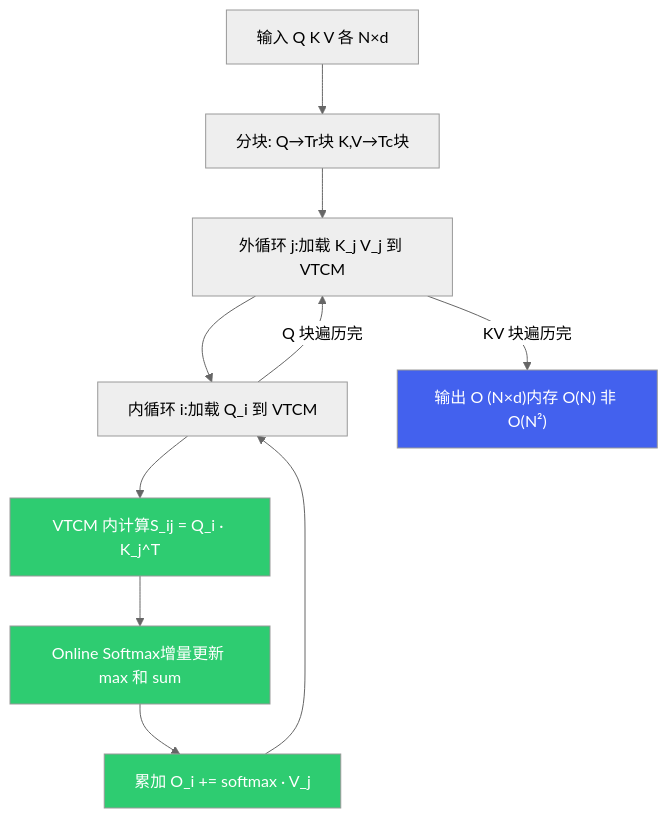
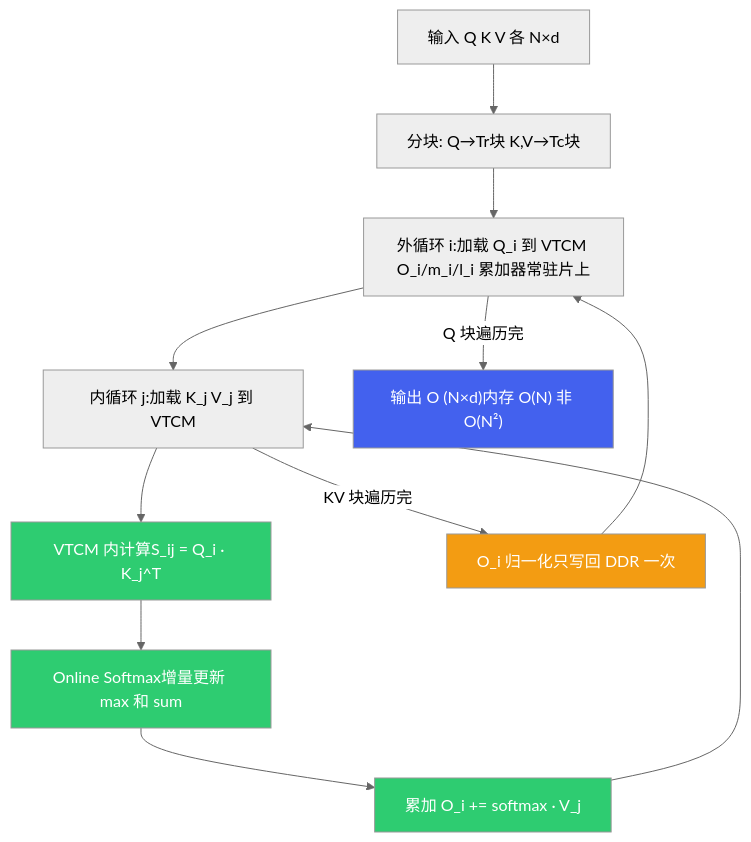
The second of 5 diagrams in cockpit/general/infer-principles.md (ranpin/edge-ai-docs), drawn with Mermaid (neutral theme) before and after one commit. The commit also changed other lines of this file, not shown here.

````diff
--- a/cockpit/general/infer-principles.md
+++ b/cockpit/general/infer-principles.md
@@ -198,17 +216,19 @@
 ```mermaid
 flowchart TB
     A["输入 Q K V 各 N×d"] --> B["分块: Q→Tr块 K,V→Tc块"]
-    B --> C["外循环 j:加载 K_j V_j 到 VTCM"]
-    C --> D["内循环 i:加载 Q_i 到 VTCM"]
+    B --> C["外循环 i:加载 Q_i 到 VTCM O_i/m_i/l_i 累加器常驻片上"]
+    C --> D["内循环 j:加载 K_j V_j 到 VTCM"]
     D --> E["VTCM 内计算S_ij = Q_i · K_j^T"]
     E --> F["Online Softmax增量更新 max 和 sum"]
     F --> G["累加 O_i += softmax · V_j"]
     G --> D
-    D -->|"Q 块遍历完"| C
-    C -->|"KV 块遍历完"| H["输出 O (N×d)内存 O(N) 非 O(N²)"]
+    D -->|"KV 块遍历完"| H["O_i 归一化只写回 DDR 一次"]
+    H --> C
+    C -->|"Q 块遍历完"| I["输出 O (N×d)内存 O(N) 非 O(N²)"]
 
     style E fill:#2ecc71,color:#fff
     style F fill:#2ecc71,color:#fff
     style G fill:#2ecc71,color:#fff
-    style H fill:#4361ee,color:#fff
+    style H fill:#f39c12,color:#fff
+    style I fill:#4361ee,color:#fff
 ```
````
